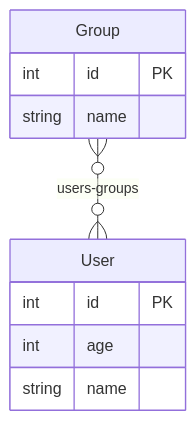
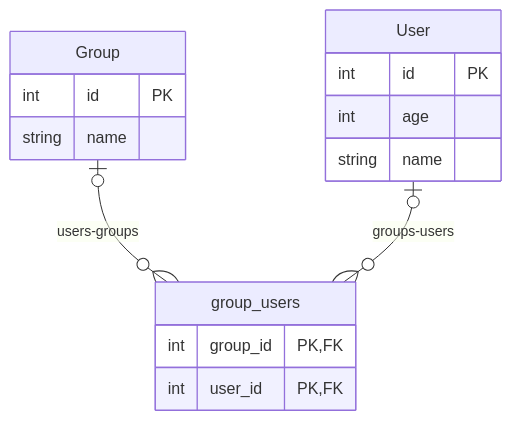
Before and after one commit to troypoulter/entmaid: the diagram in examples/m2m2types/readme.md, drawn with Mermaid. The commit also changed 5 other files, not shown here.

````diff
--- a/examples/m2m2types/readme.md
+++ b/examples/m2m2types/readme.md
@@ -12,16 +12,22 @@
 ```mermaid
 erDiagram
  Group {
   int id PK
   string name
+ }
+
+ group_users {
+  int group_id PK,FK
+  int user_id PK,FK
  }
 
  User {
   int id PK
   int age
   string name
  }
 
- Group }o--o{ User : users-groups
+ Group |o--o{ group_users : users-groups
+ User |o--o{ group_users : groups-users
 
 ```
````
